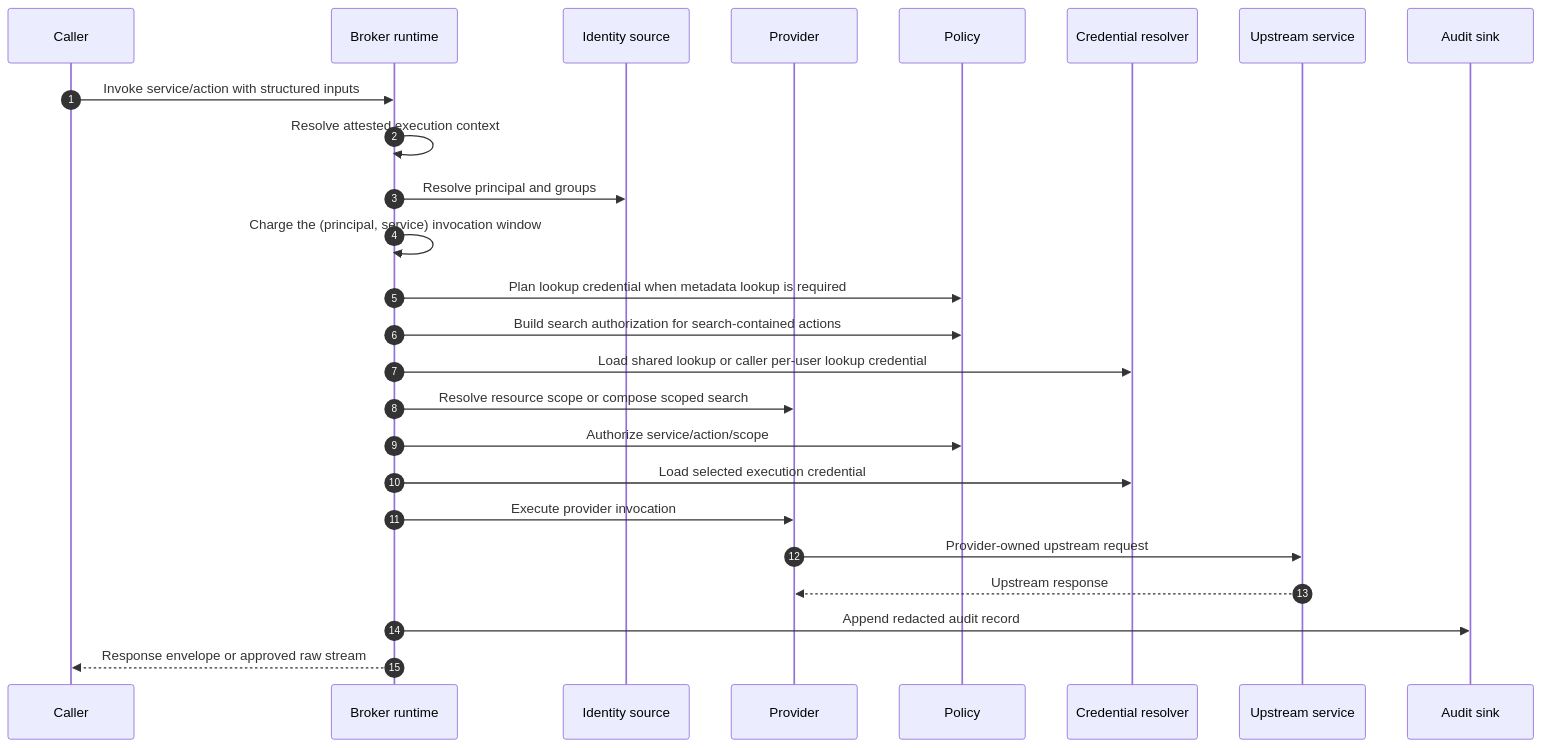
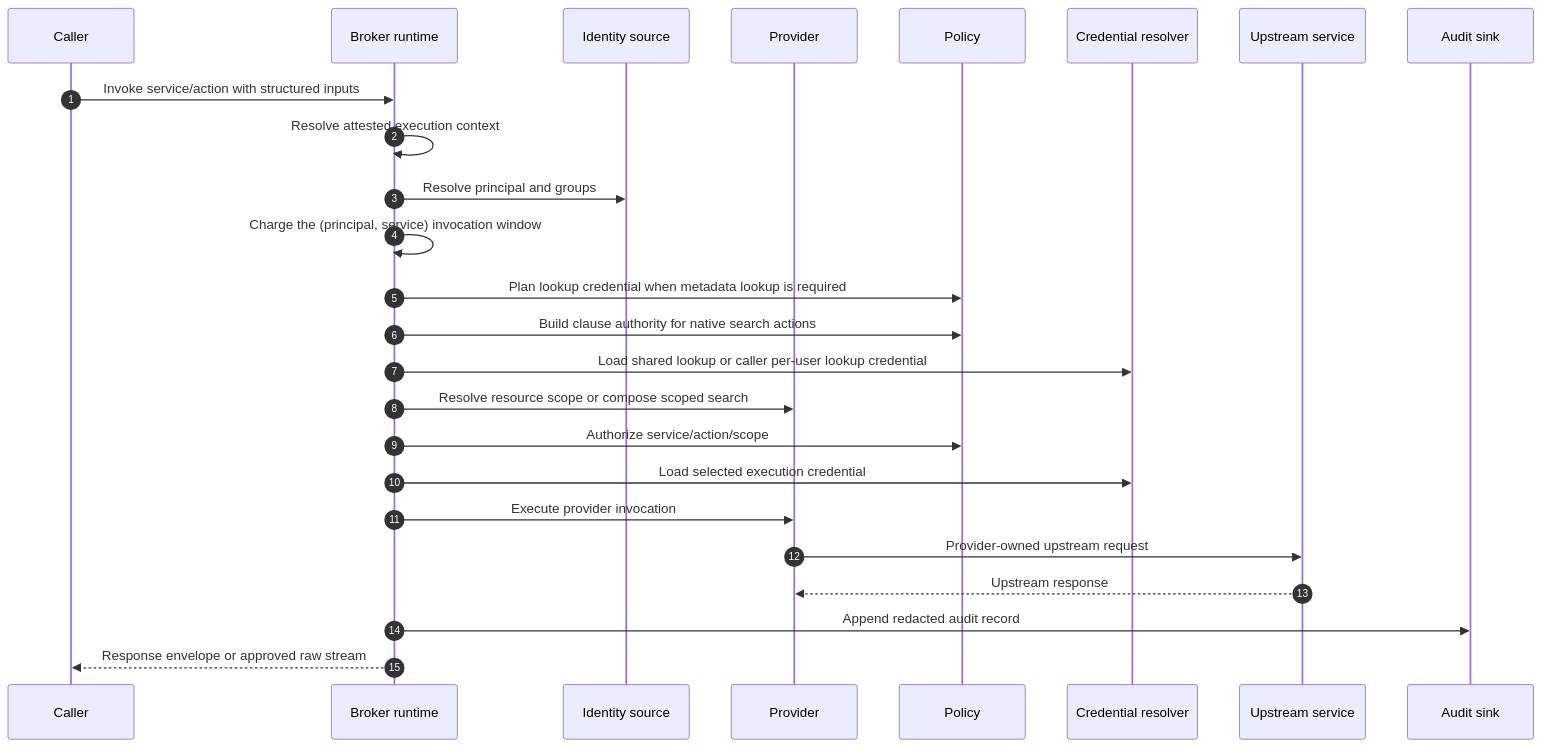
The third of 3 diagrams in docs/design.md (kcosr/agent-access-broker), drawn with Mermaid before and after one commit. The commit also changed other lines of this file and 41 other files, not shown here.

Commit message:
Replace native search authority with normalized resource clauses

````diff
--- a/docs/design.md
+++ b/docs/design.md
@@ -833,28 +833,28 @@
 ```mermaid
 sequenceDiagram
     autonumber
     participant C as Caller
     participant B as Broker runtime
     participant I as Identity source
     participant P as Provider
     participant A as Policy
     participant R as Credential resolver
     participant U as Upstream service
     participant L as Audit sink
 
     C->>B: Invoke service/action with structured inputs
     B->>B: Resolve attested execution context
     B->>I: Resolve principal and groups
     B->>B: Charge the (principal, service) invocation window
     B->>A: Plan lookup credential when metadata lookup is required
-    B->>A: Build search authorization for search-contained actions
+    B->>A: Build clause authority for native search actions
     B->>R: Load shared lookup or caller per-user lookup credential
     B->>P: Resolve resource scope or compose scoped search
     B->>A: Authorize service/action/scope
     B->>R: Load selected execution credential
     B->>P: Execute provider invocation
     P->>U: Provider-owned upstream request
     U-->>P: Upstream response
     B->>L: Append redacted audit record
     B-->>C: Response envelope or approved raw stream
 ```
````
